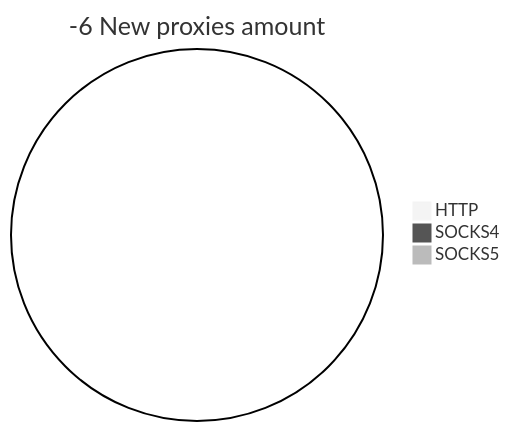
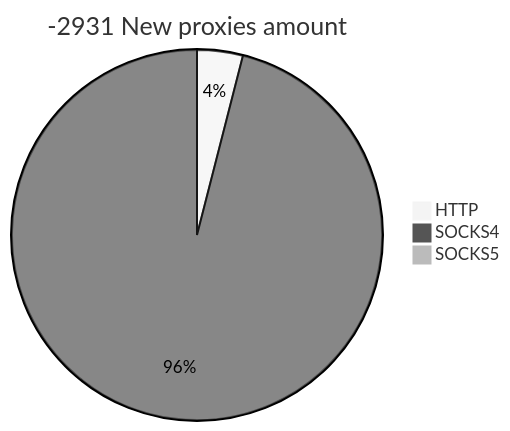
Before and after one commit to cutipu/proxylist: the second of 2 diagrams in README.md, drawn with Mermaid (neutral theme). The commit also changed other lines of this file, not shown here.

````diff
--- a/README.md
+++ b/README.md
@@ -10,6 +10,6 @@
 ```mermaid
-pie title -6 New proxies amount
-    "HTTP" : 0
-    "SOCKS4" : 0
+pie title -2931 New proxies amount
+    "HTTP" : 28
+    "SOCKS4" : 673
     "SOCKS5" : 0
 ```
````
